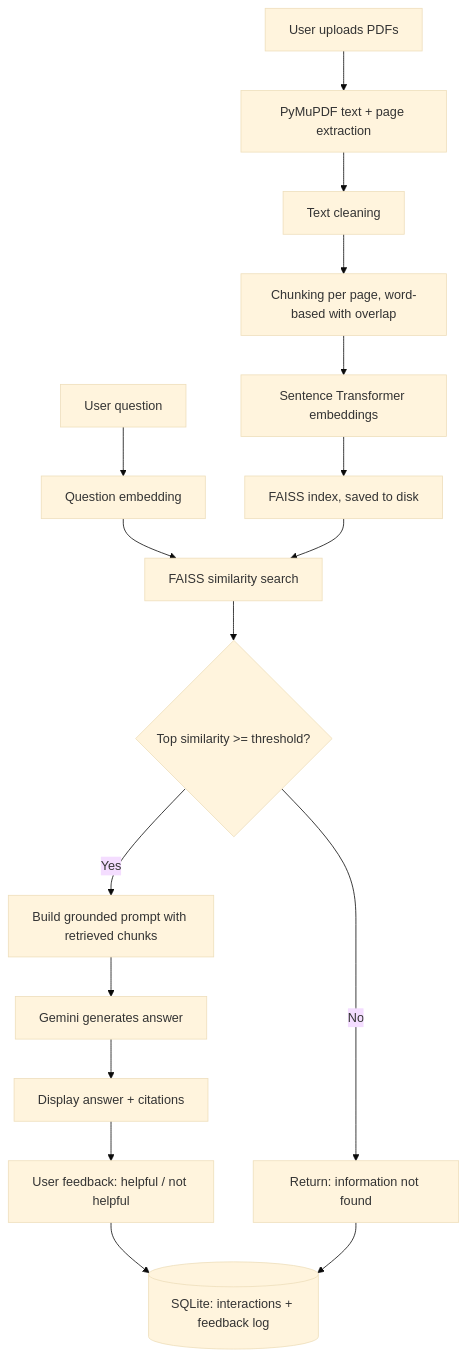
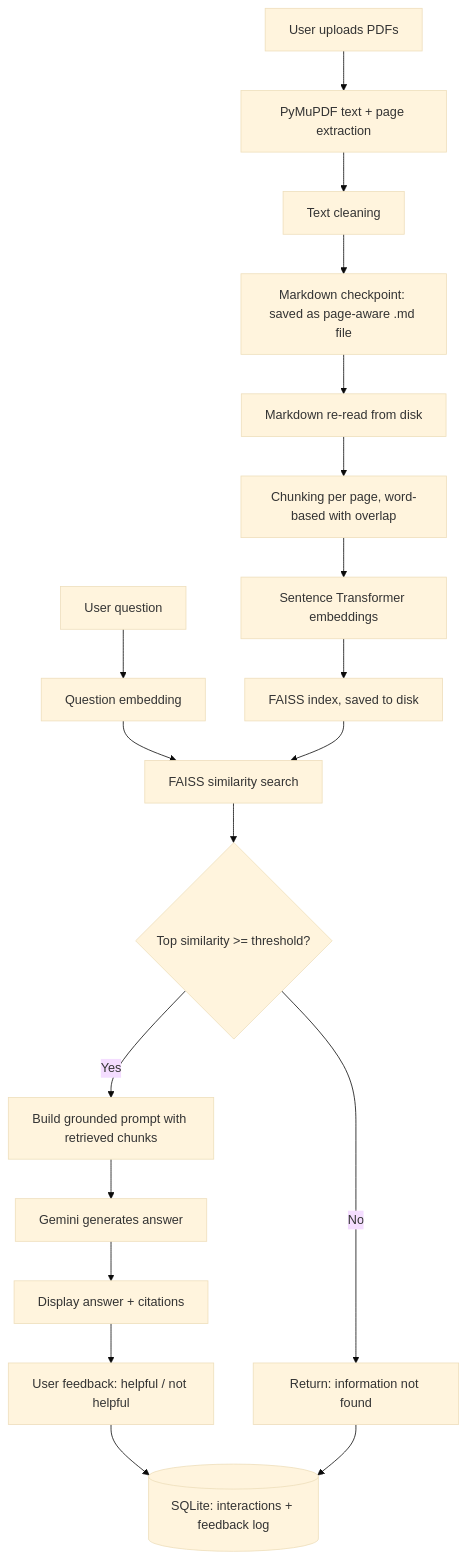
The diagram in README.md (Anmol99914/Institutional-pdf-rag-assistant), drawn with Mermaid (base theme) before and after one commit. The commit also changed other lines of this file and 18 other files, not shown here.

````diff
--- a/README.md
+++ b/README.md
@@ -48,20 +49,22 @@
 ```mermaid
 flowchart TD
     A[User uploads PDFs] --> B[PyMuPDF text + page extraction]
     B --> C[Text cleaning]
-    C --> D[Chunking per page, word-based with overlap]
+    C --> CM[Markdown checkpoint: saved as page-aware .md file]
+    CM --> CR[Markdown re-read from disk]
+    CR --> D[Chunking per page, word-based with overlap]
     D --> E[Sentence Transformer embeddings]
     E --> F[FAISS index, saved to disk]
 
     G[User question] --> H[Question embedding]
     H --> I[FAISS similarity search]
     F --> I
     I --> J{Top similarity >= threshold?}
     J -- No --> K[Return: information not found]
     J -- Yes --> L[Build grounded prompt with retrieved chunks]
     L --> M[Gemini generates answer]
     M --> N[Display answer + citations]
     N --> O[User feedback: helpful / not helpful]
     O --> P[(SQLite: interactions + feedback log)]
     K --> P
 ```
````
